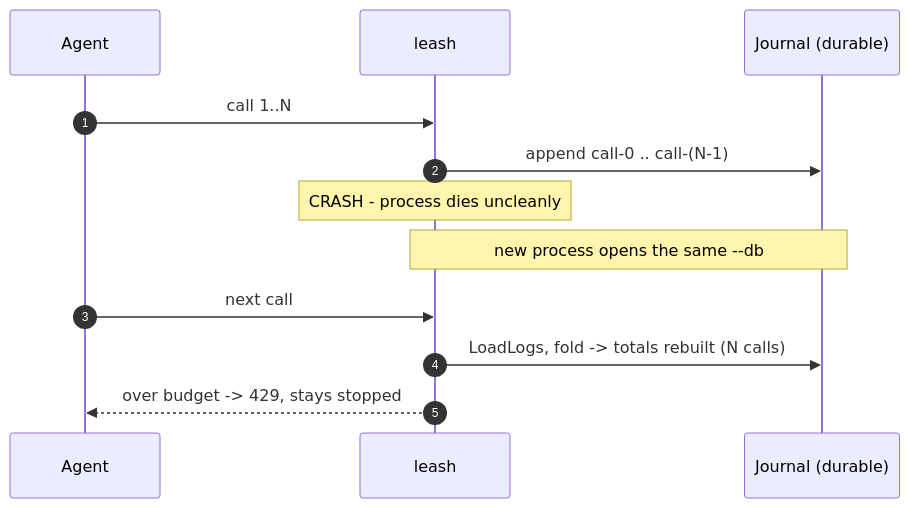
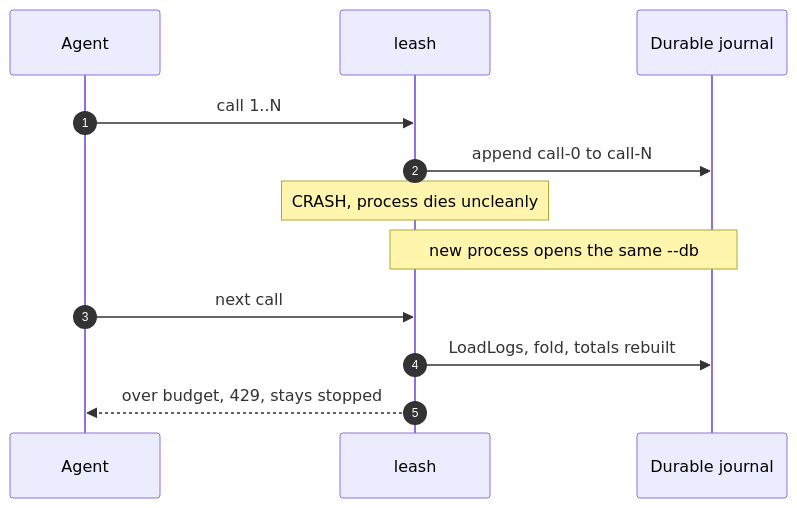
The second of 3 diagrams in README.md (sylvester-francis/leash), drawn with Mermaid before and after one commit. The commit also changed 2 other files, not shown here.

Commit message:
docs: fix Mermaid sequence diagrams failing to render on GitHub
Parentheses in a participant alias (e.g. "participant J as Journal (durable)")
crash GitHub's Mermaid renderer with 'Cannot read properties of undefined
(reading render)'. Three sequence diagrams (README, ARCHITECTURE, how-leash-works)
had that, plus parens/braces/inline arrows in message text. Reword to plain,
render-safe text. Flowcharts, which use quoted node labels, are unaffected.

````diff
--- a/README.md
+++ b/README.md
@@ -300,14 +300,14 @@
 ```mermaid
 sequenceDiagram
     autonumber
     participant A as Agent
     participant L as leash
-    participant J as Journal (durable)
+    participant J as Durable journal
     A->>L: call 1..N
-    L->>J: append call-0 .. call-(N-1)
-    Note over L: CRASH - process dies uncleanly
+    L->>J: append call-0 to call-N
+    Note over L: CRASH, process dies uncleanly
     Note over L,J: new process opens the same --db
     A->>L: next call
-    L->>J: LoadLogs, fold -> totals rebuilt (N calls)
-    L-->>A: over budget -> 429, stays stopped
+    L->>J: LoadLogs, fold, totals rebuilt
+    L-->>A: over budget, 429, stays stopped
 ```
````
